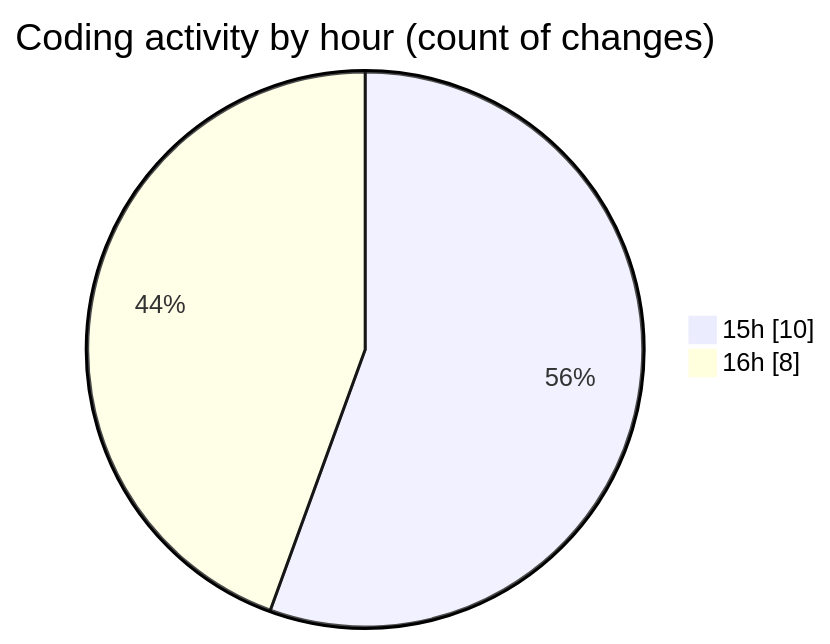
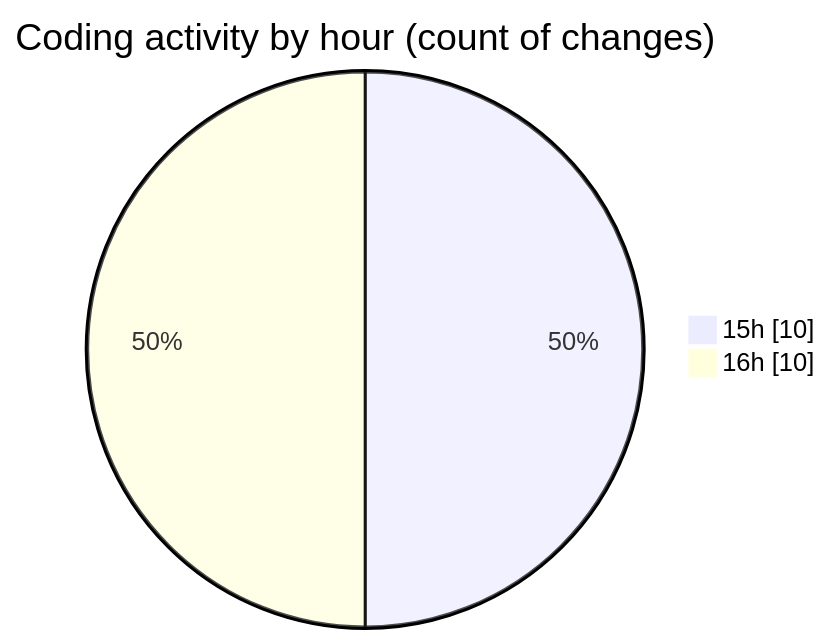
Before and after one commit to Ritupan-Deka/code-tracking: the second of 2 diagrams in 2025-06-26/webapp/README.md, drawn with Mermaid. The commit also changed other lines of this file and 1 other file, not shown here.

````diff
--- a/2025-06-26/webapp/README.md
+++ b/2025-06-26/webapp/README.md
@@ -36,6 +36,6 @@
 ```mermaid
 pie showData
 title Coding activity by hour (count of changes)
 "15h" : 10
-"16h" : 8
+"16h" : 10
 ```
````
